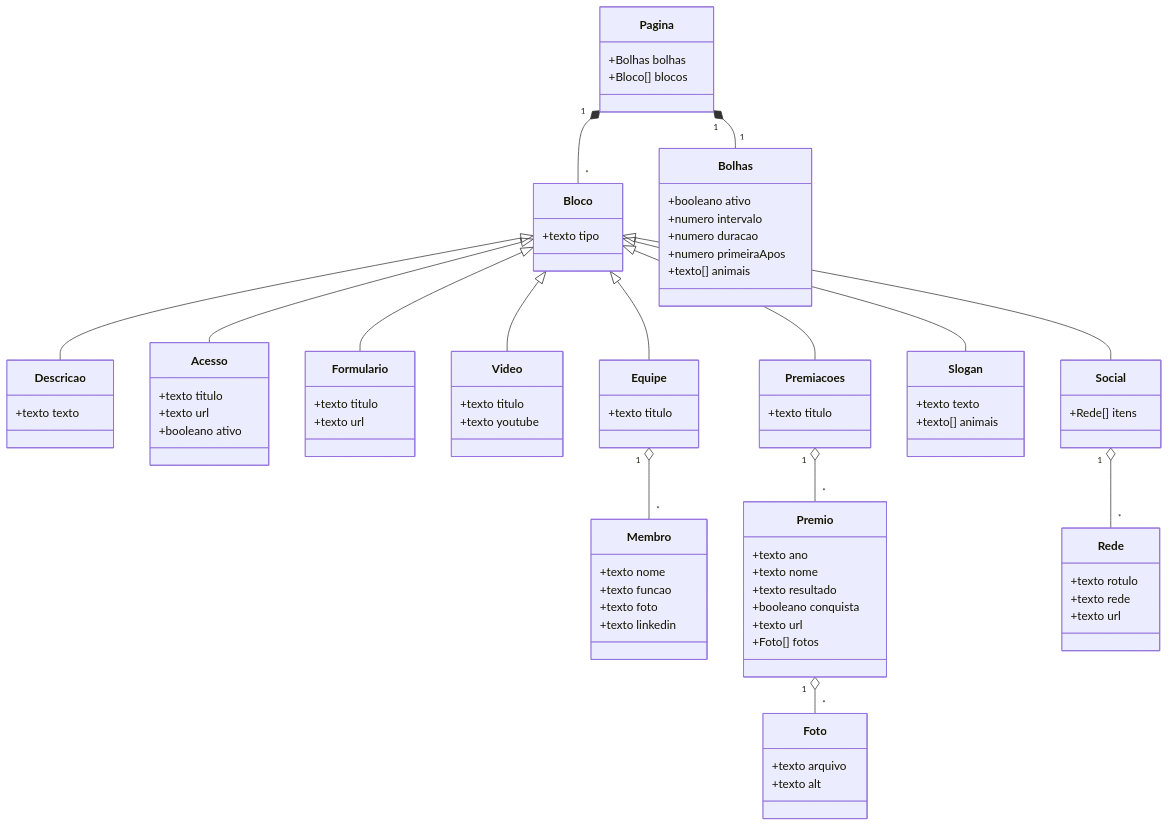
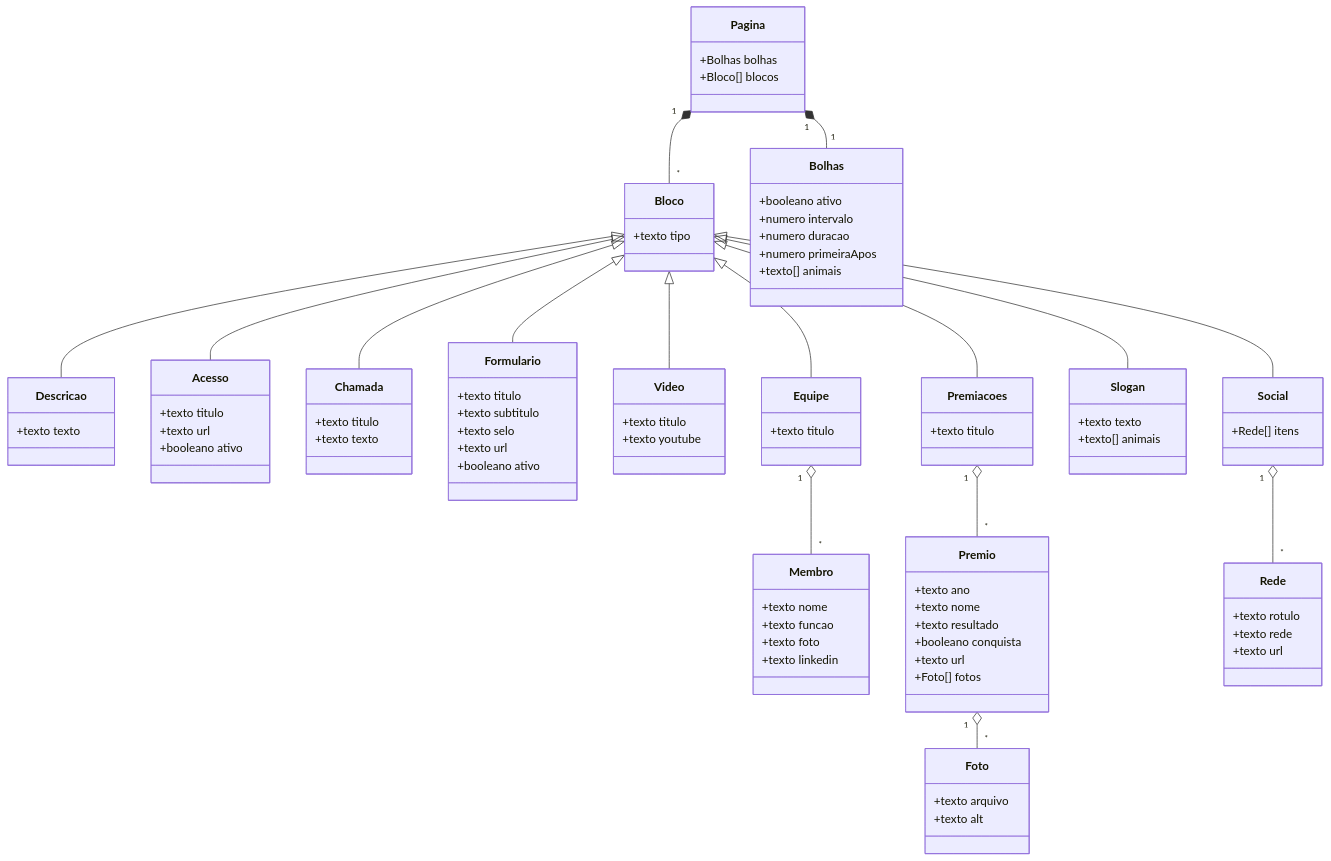
Before and after one commit to pedrohfilho/Link_Bio_Zoop: the second of 2 diagrams in README.md, drawn with Mermaid. The commit also changed 3 other files, not shown here.

```diff
--- a/README.md
+++ b/README.md
@@ -65,9 +65,16 @@
     +texto url
     +booleano ativo
   }
+  class Chamada {
+    +texto titulo
+    +texto texto
+  }
   class Formulario {
     +texto titulo
+    +texto subtitulo
+    +texto selo
     +texto url
+    +booleano ativo
   }
   class Video {
     +texto titulo
@@ -119,6 +126,7 @@
   Pagina "1" *-- "*" Bloco
   Pagina "1" *-- "1" Bolhas
   Bloco <|-- Descricao
+  Bloco <|-- Chamada
   Bloco <|-- Acesso
   Bloco <|-- Formulario
   Bloco <|-- Video
```
